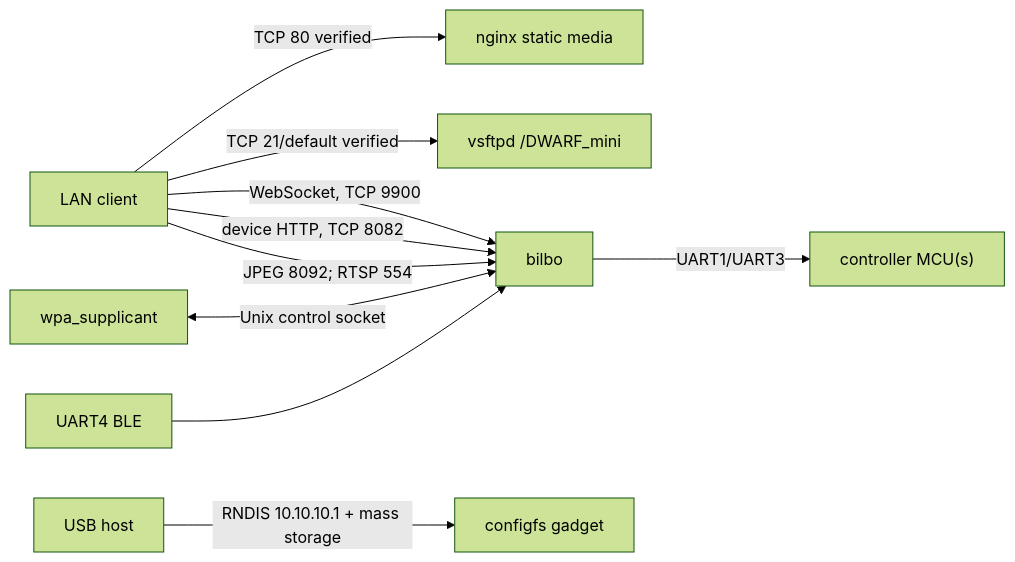
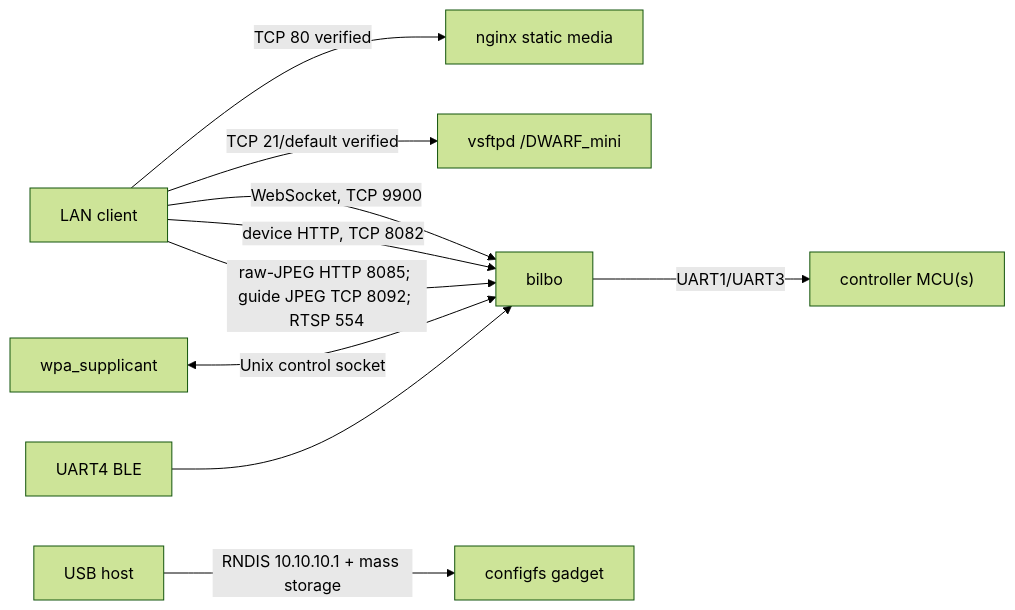
One commit to acocalypso/dwarfAlp changed the diagram in docs/firmware/06-network-services.md. Above: the diagram before and after it, drawn with Mermaid (forest theme). The commit also changed other lines of this file and 14 other files, not shown here.

````diff
--- a/docs/firmware/06-network-services.md
+++ b/docs/firmware/06-network-services.md
@@ -3,12 +3,12 @@
 ```mermaid
 flowchart LR
   App["LAN client"] -->|"TCP 80 verified"| Nginx["nginx static media"]
   App -->|"TCP 21/default verified"| FTP["vsftpd /DWARF_mini"]
   App -->|"WebSocket, TCP 9900"| Bilbo["bilbo"]
   App -->|"device HTTP, TCP 8082"| Bilbo
-  App -->|"JPEG 8092; RTSP 554"| Bilbo
+  App -->|"raw-JPEG HTTP 8085; guide JPEG TCP 8092; RTSP 554"| Bilbo
   Host["USB host"] -->|"RNDIS 10.10.10.1 + mass storage"| USB["configfs gadget"]
   WiFi["wpa_supplicant"] <-->|"Unix control socket"| Bilbo
   BLE["UART4 BLE"] --> Bilbo
   Bilbo -->|"UART1/UART3"| MCU["controller MCU(s)"]
 ```
````
